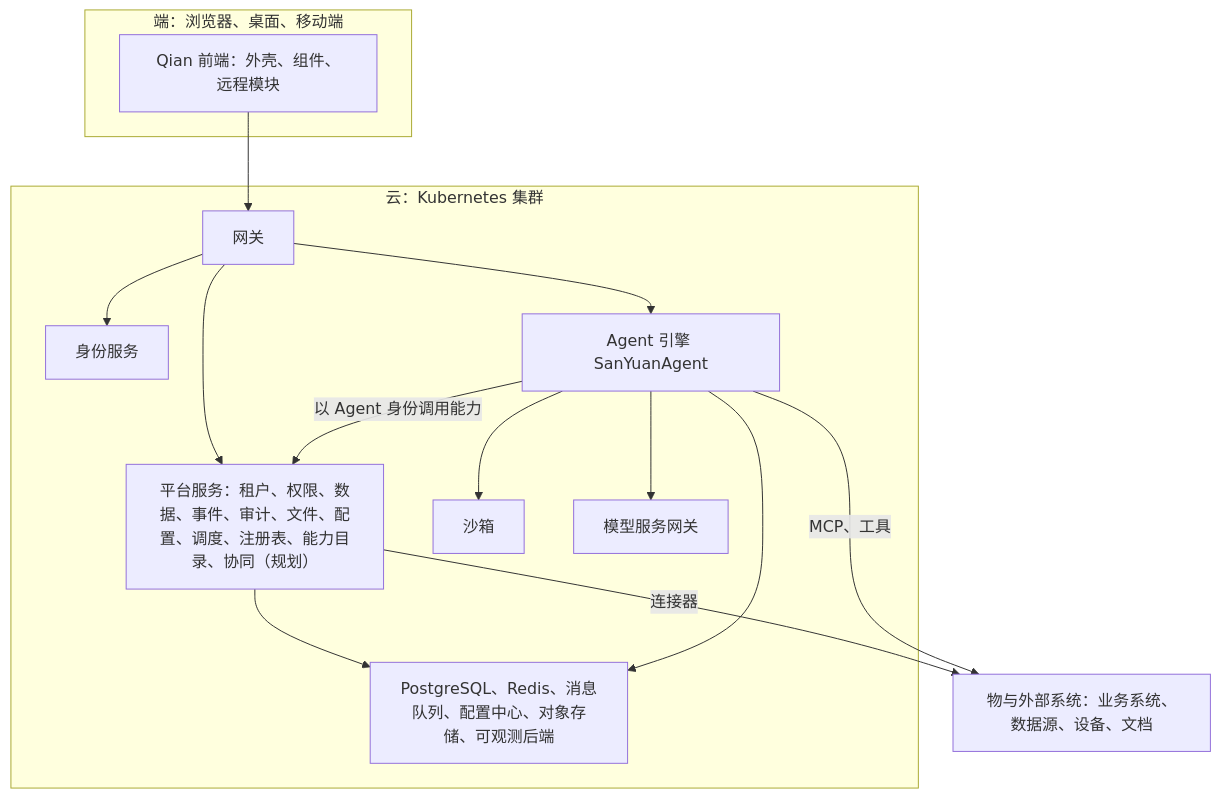
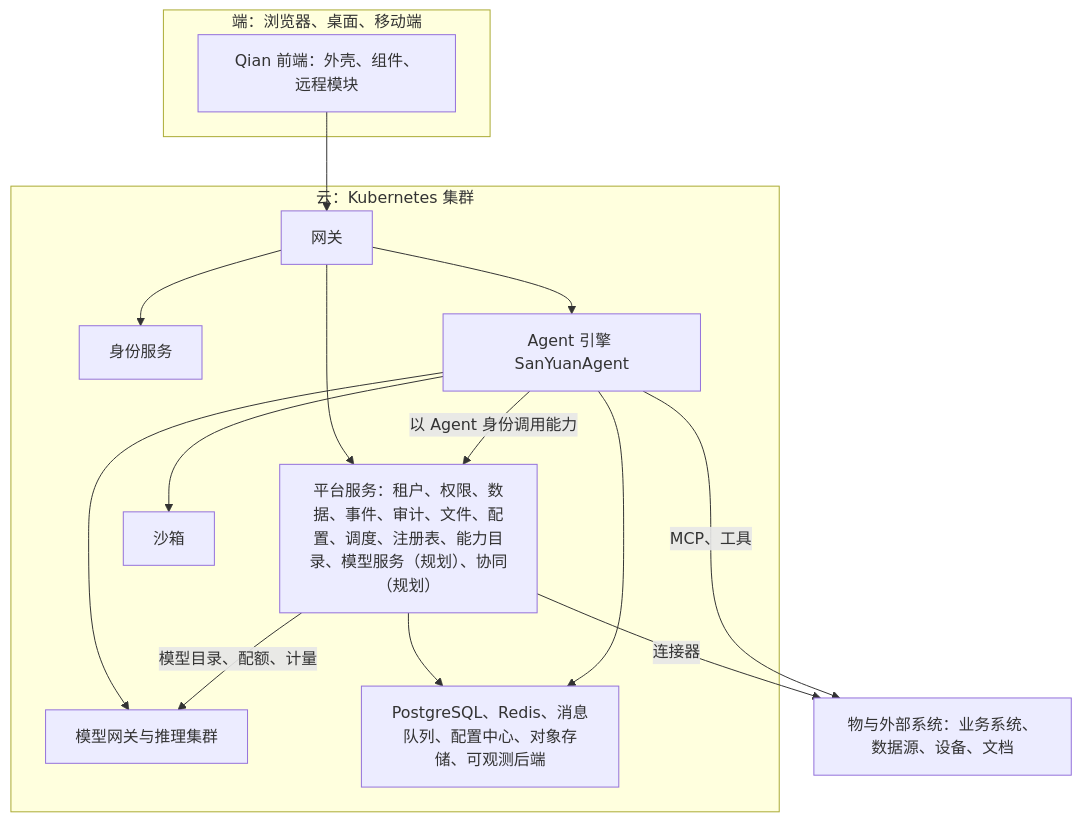
The first of 3 diagrams in docs/02-architecture.md (CavaiLAB/jiangxin), drawn with Mermaid before and after one commit. The commit also changed other lines of this file and 12 other files, not shown here.

````diff
--- a/docs/02-architecture.md
+++ b/docs/02-architecture.md
@@ -7,28 +7,29 @@
 ```mermaid
 flowchart TB
   subgraph client["端：浏览器、桌面、移动端"]
     UI["Qian 前端：外壳、组件、远程模块"]
   end
   subgraph cloud["云：Kubernetes 集群"]
     GW["网关"]
     ID["身份服务"]
-    PF["平台服务：租户、权限、数据、事件、审计、文件、配置、调度、注册表、能力目录、协同（规划）"]
+    PF["平台服务：租户、权限、数据、事件、审计、文件、配置、调度、注册表、能力目录、模型服务（规划）、协同（规划）"]
     AG["Agent 引擎 SanYuanAgent"]
     SB["沙箱"]
-    MG["模型服务网关"]
+    MG["模型网关与推理集群"]
     INF["PostgreSQL、Redis、消息队列、配置中心、对象存储、可观测后端"]
   end
   EXT["物与外部系统：业务系统、数据源、设备、文档"]
 
   UI --> GW
   GW --> ID
   GW --> PF
   GW --> AG
   AG -->|"以 Agent 身份调用能力"| PF
   AG --> SB
   AG --> MG
+  PF -->|"模型目录、配额、计量"| MG
   PF --> INF
   AG --> INF
   PF -->|"连接器"| EXT
   AG -->|"MCP、工具"| EXT
 ```
````
